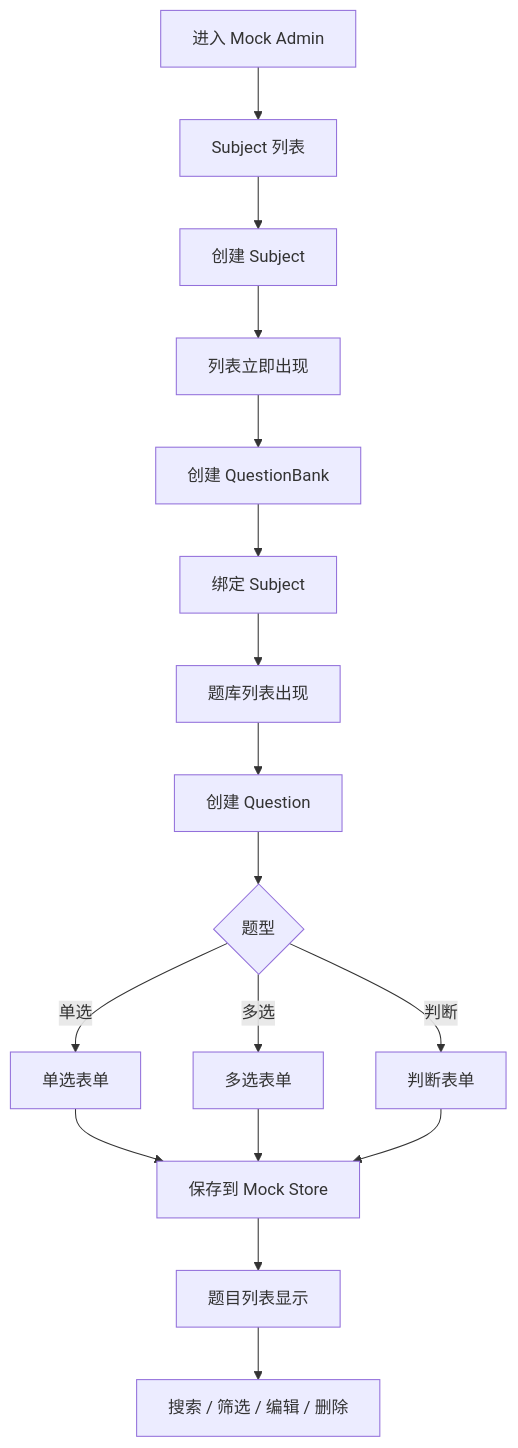
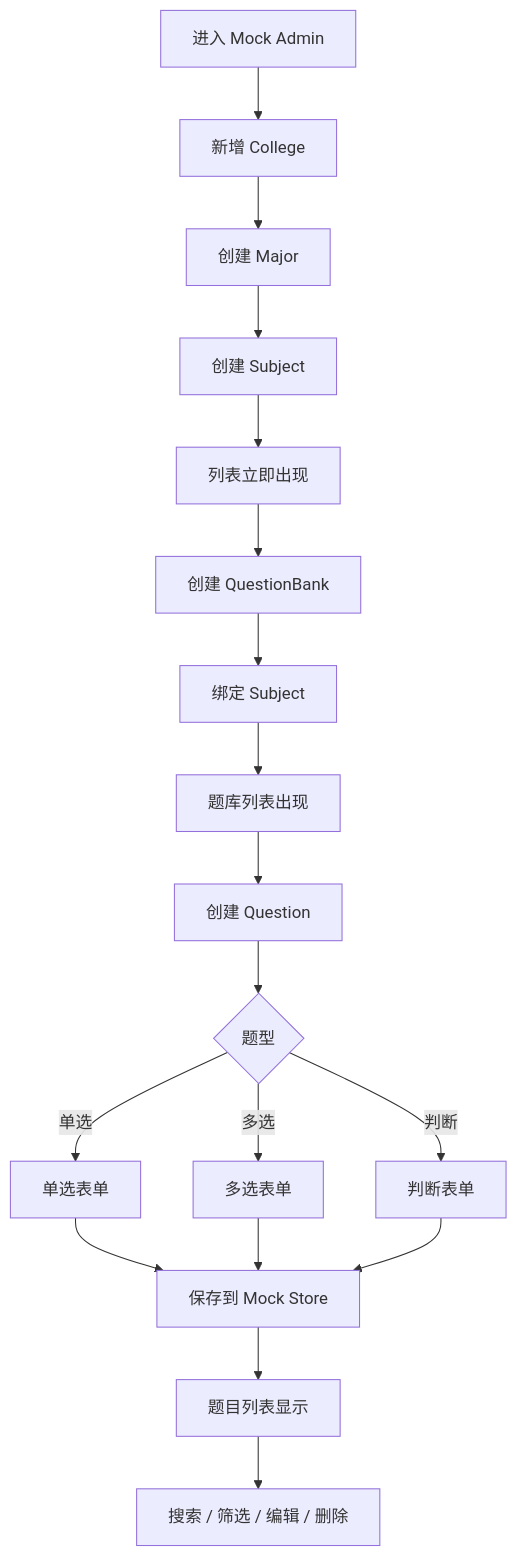
Before and after one commit to zhouycheng/QandA: the diagram in docs/prd/admin-mvp.md, drawn with Mermaid. The commit also changed other lines of this file and 17 other files, not shown here.

````diff
--- a/docs/prd/admin-mvp.md
+++ b/docs/prd/admin-mvp.md
@@ -142,19 +178,20 @@
 ```mermaid
 flowchart TD
-    A[进入 Mock Admin] --> B[Subject 列表]
+    A[进入 Mock Admin] --> P[新增 College]
+    P --> B[创建 Major]
     B --> C[创建 Subject]
     C --> D[列表立即出现]
     D --> E[创建 QuestionBank]
     E --> F[绑定 Subject]
     F --> G[题库列表出现]
     G --> H[创建 Question]
     H --> I{题型}
     I -->|单选| J[单选表单]
     I -->|多选| K[多选表单]
     I -->|判断| L[判断表单]
     J --> M[保存到 Mock Store]
     K --> M
     L --> M
     M --> N[题目列表显示]
     N --> O[搜索 / 筛选 / 编辑 / 删除]
 ```
````
